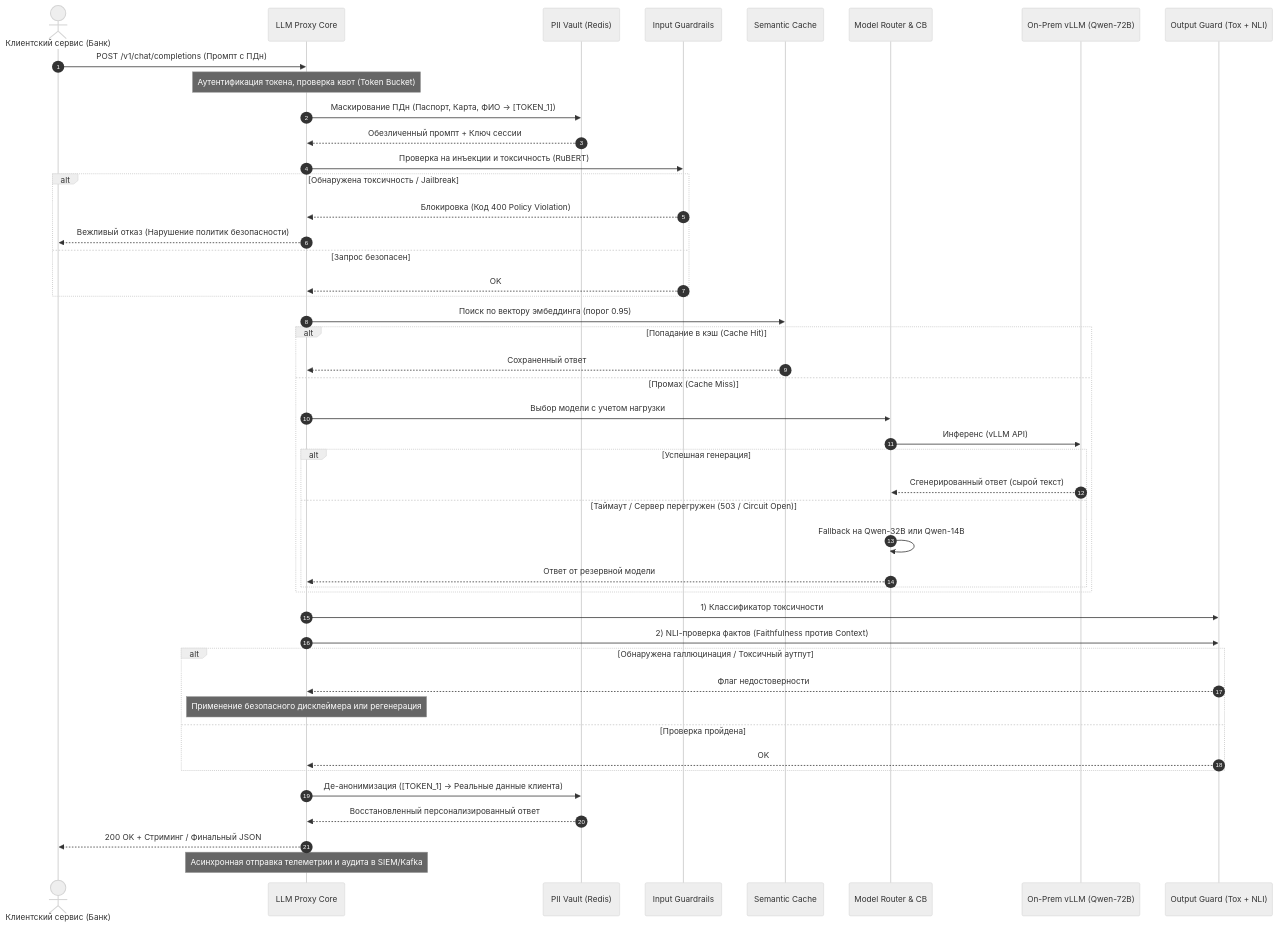
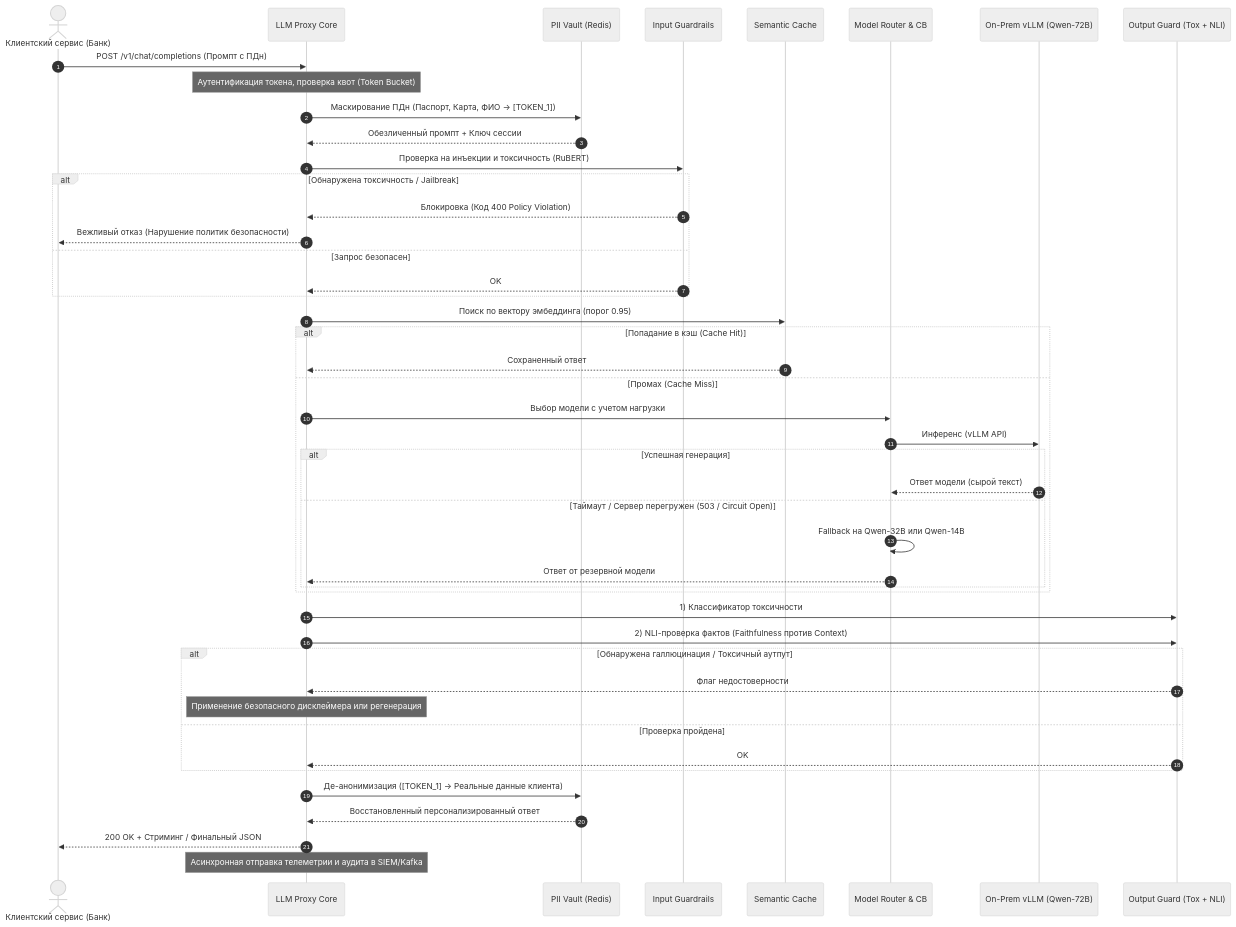
One commit to vk4arm/alfa_llm_hackaton changed the second of 6 diagrams in docs/LLM_PROXY_BANK_ANALYSIS.md. Above: the diagram before and after it, drawn with Mermaid (neutral theme). The commit also changed other lines of this file and 9 other files, not shown here.

````diff
--- a/docs/LLM_PROXY_BANK_ANALYSIS.md
+++ b/docs/LLM_PROXY_BANK_ANALYSIS.md
@@ -165,55 +165,55 @@
 ```mermaid
 sequenceDiagram
     autonumber
     actor Client as Клиентский сервис (Банк)
     participant GW as LLM Proxy Core
     participant Vault as PII Vault (Redis)
     participant GuardIn as Input Guardrails
     participant Cache as Semantic Cache
     participant Router as Model Router & CB
     participant LLM as On-Prem vLLM (Qwen-72B)
     participant GuardOut as Output Guard (Tox + NLI)
 
     Client->>GW: POST /v1/chat/completions (Промпт с ПДн)
     Note over GW: Аутентификация токена, проверка квот (Token Bucket)
     
     GW->>Vault: Маскирование ПДн (Паспорт, Карта, ФИО -> [TOKEN_1])
     Vault-->>GW: Обезличенный промпт + Ключ сессии
     
     GW->>GuardIn: Проверка на инъекции и токсичность (RuBERT)
     alt Обнаружена токсичность / Jailbreak
         GuardIn-->>GW: Блокировка (Код 400 Policy Violation)
         GW-->>Client: Вежливый отказ (Нарушение политик безопасности)
     else Запрос безопасен
         GuardIn-->>GW: OK
     end
 
     GW->>Cache: Поиск по вектору эмбеддинга (порог 0.95)
     alt Попадание в кэш (Cache Hit)
         Cache-->>GW: Сохраненный ответ
     else Промах (Cache Miss)
         GW->>Router: Выбор модели с учетом нагрузки
         Router->>LLM: Инференс (vLLM API)
         alt Успешная генерация
-            LLM-->>Router: Сгенерированный ответ (сырой текст)
+            LLM-->>Router: Ответ модели (сырой текст)
         else Таймаут / Сервер перегружен (503 / Circuit Open)
             Router->>Router: Fallback на Qwen-32B или Qwen-14B
             Router-->>GW: Ответ от резервной модели
         end
     end
 
     GW->>GuardOut: 1) Классификатор токсичности
     GW->>GuardOut: 2) NLI-проверка фактов (Faithfulness против Context)
     alt Обнаружена галлюцинация / Токсичный аутпут
         GuardOut-->>GW: Флаг недостоверности
         Note over GW: Применение безопасного дисклеймера или регенерация
     else Проверка пройдена
         GuardOut-->>GW: OK
     end
 
     GW->>Vault: Де-анонимизация ([TOKEN_1] -> Реальные данные клиента)
     Vault-->>GW: Восстановленный персонализированный ответ
     
     GW-->>Client: 200 OK + Стриминг / Финальный JSON
     Note over GW: Асинхронная отправка телеметрии и аудита в SIEM/Kafka
 ```
````
